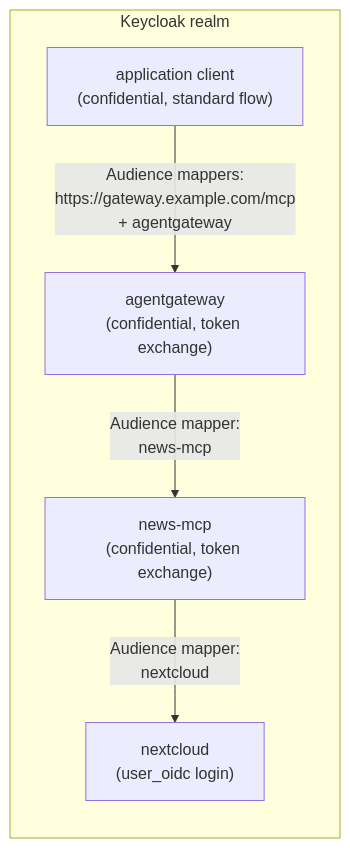
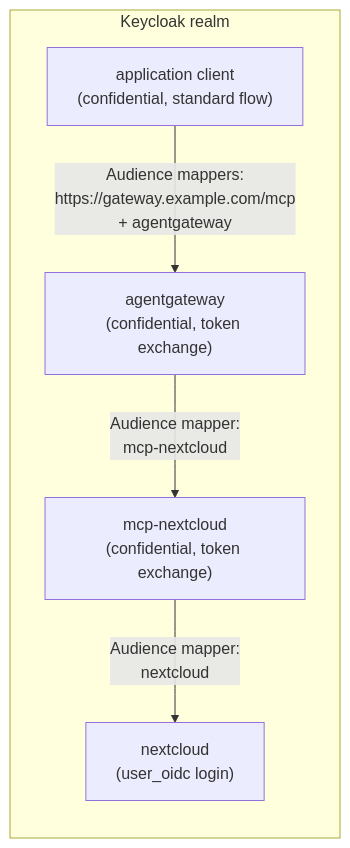
The first of 2 diagrams in docs/keycloak.md (mrdev023/mcp-nextcloud), drawn with Mermaid before and after one commit. The commit also changed other lines of this file and 7 other files, not shown here.

First line of the commit message:
docs: Rename the project to mcp-nextcloud

````diff
--- a/docs/keycloak.md
+++ b/docs/keycloak.md
@@ -21,12 +21,12 @@
 ```mermaid
 flowchart LR
     subgraph Keycloak realm
         APP["application client<br/>(confidential, standard flow)"]
         GW["agentgateway<br/>(confidential, token exchange)"]
-        NM["news-mcp<br/>(confidential, token exchange)"]
+        NM["mcp-nextcloud<br/>(confidential, token exchange)"]
         NC["nextcloud<br/>(user_oidc login)"]
     end
     APP -- "Audience mappers:<br/>https://gateway.example.com/mcp<br/>+ agentgateway" --> GW
-    GW -- "Audience mapper:<br/>news-mcp" --> NM
+    GW -- "Audience mapper:<br/>mcp-nextcloud" --> NM
     NM -- "Audience mapper:<br/>nextcloud" --> NC
 ```
````
